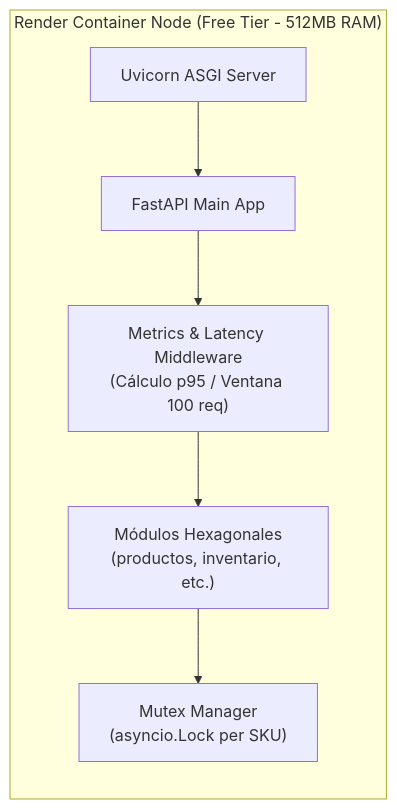
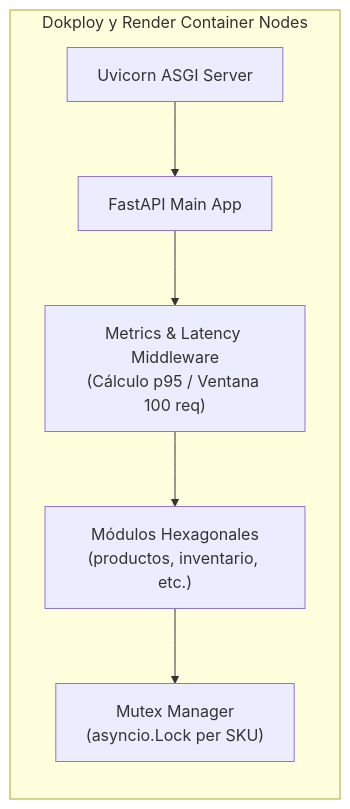
The sixth of 7 diagrams in docs/arc42/arc42-template-EN.md (ISCOUTB/AS_202620_InvenTrack), drawn with Mermaid before and after one commit. The commit also changed other lines of this file and 4 other files, not shown here.

Commit message:
docs: update deployment documentation to include Dokploy

````diff
--- a/docs/arc42/arc42-template-EN.md
+++ b/docs/arc42/arc42-template-EN.md
@@ -463,12 +475,12 @@
 ```mermaid
 flowchart LR
-    subgraph RENDER_NODE["Render Container Node (Free Tier - 512MB RAM)"]
+    subgraph DEPLOYMENT_NODES["Dokploy y Render Container Nodes"]
         UVI["Uvicorn ASGI Server"]
         FAST["FastAPI Main App"]
         MIDDLEWARE["Metrics & Latency Middleware<br/>(Cálculo p95 / Ventana 100 req)"]
         MODS["Módulos Hexagonales<br/>(productos, inventario, etc.)"]
         MUTEX["Mutex Manager<br/>(asyncio.Lock per SKU)"]
 
         UVI --> FAST --> MIDDLEWARE --> MODS --> MUTEX
     end
 ```
````
